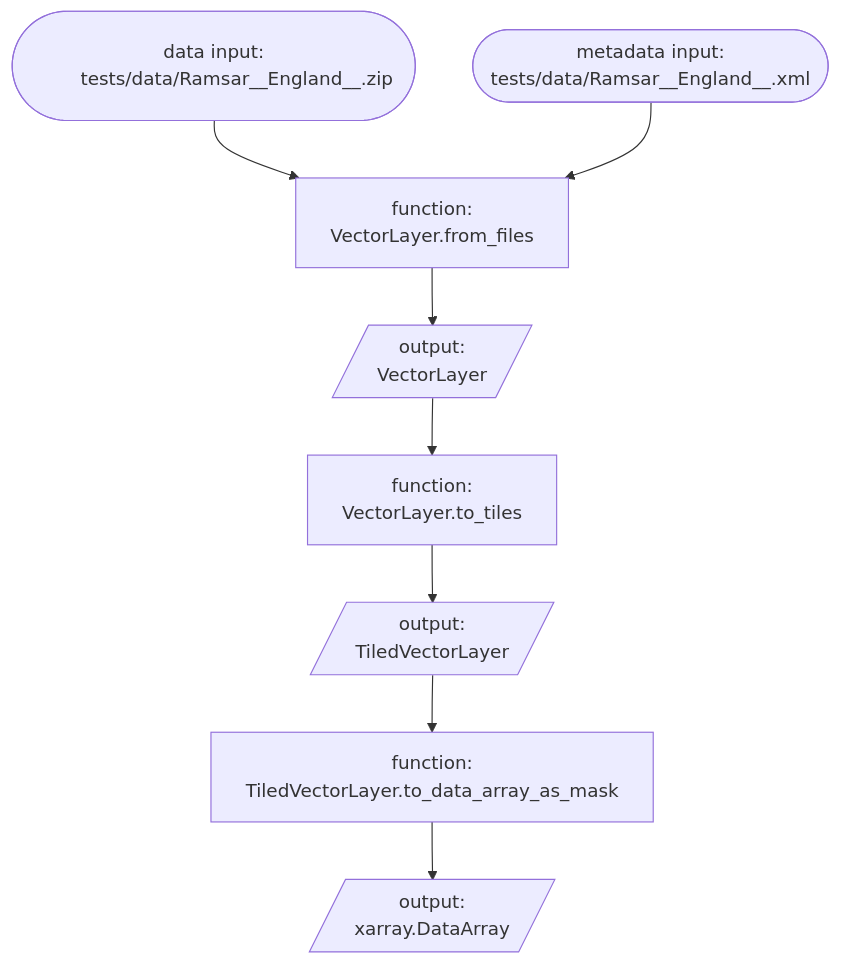
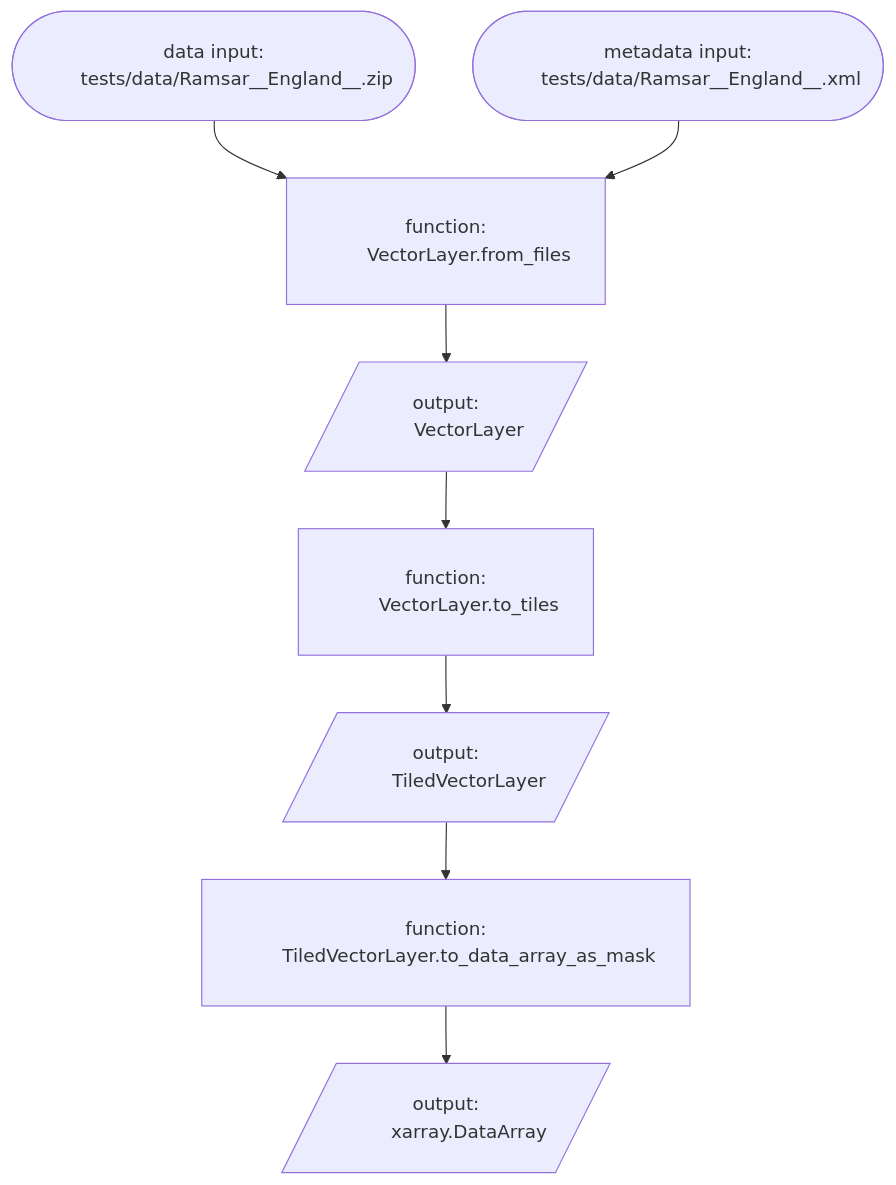
One commit to Defra-Data-Science-Centre-of-Excellence/sds-data-model changed the diagram in source/red-green-refactor.md. Above: the diagram before and after it, drawn with Mermaid.

````diff
--- a/source/red-green-refactor.md
+++ b/source/red-green-refactor.md
@@ -36,10 +36,10 @@
 ```mermaid
 graph TD;
- data_path([<dl><dt>data input:</dt><dd>tests/data/Ramsar__England__.zip</dd></dl>]) --> from_files[function:\nVectorLayer.from_files]
- metadata_path(["metadata input:\ntests/data/Ramsar__England__.xml"]) --> from_files[function:\nVectorLayer.from_files]
- from_files[function:\nVectorLayer.from_files] --> vector_layer[/"output:\nVectorLayer"/]
- vector_layer[/"output:\nVectorLayer"/] --> to_tiles[function:\nVectorLayer.to_tiles]
- to_tiles[function:\nVectorLayer.to_tiles] --> tiled_vector_layer[/"output:\nTiledVectorLayer"/]
- tiled_vector_layer[/"output:\nTiledVectorLayer"/] --> to_data_array_as_mask[function:\nTiledVectorLayer.to_data_array_as_mask]
- to_data_array_as_mask[function:\nTiledVectorLayer.to_data_array_as_mask] --> data_array[/"output:\nxarray.DataArray"/]
+ data_path([<dl><dt>data input:</dt><dd>tests/data/Ramsar__England__.zip</dd></dl>]) --> from_files[<dl><dt>function:</dt><dd>VectorLayer.from_files</dd></dl>]
+ metadata_path([<dl><dt>metadata input:</dt><dd>tests/data/Ramsar__England__.xml</dd></dl>]) --> from_files[<dl><dt>function:</dt><dd>VectorLayer.from_files</dd></dl>]
+ from_files[<dl><dt>function:</dt><dd>VectorLayer.from_files</dd></dl>] --> vector_layer[/<dl><dt>output:</dt><dd>VectorLayer</dd></dl>/]
+ vector_layer[/<dl><dt>output:</dt><dd>VectorLayer</dd></dl>/] --> to_tiles[<dl><dt>function:</dt><dd>VectorLayer.to_tiles</dd></dl>]
+ to_tiles[<dl><dt>function:</dt><dd>VectorLayer.to_tiles</dd></dl>] --> tiled_vector_layer[/<dl><dt>output:</dt><dd>TiledVectorLayer</dd></dl>/]
+ tiled_vector_layer[/<dl><dt>output:</dt><dd>TiledVectorLayer</dd></dl>/] --> to_data_array_as_mask[<dl><dt>function:</dt><dd>TiledVectorLayer.to_data_array_as_mask</dd></dl>]
+ to_data_array_as_mask[<dl><dt>function:</dt><dd>TiledVectorLayer.to_data_array_as_mask</dd></dl>] --> data_array[/<dl><dt>output:</dt><dd>xarray.DataArray</dd></dl>/]
 ```
````
